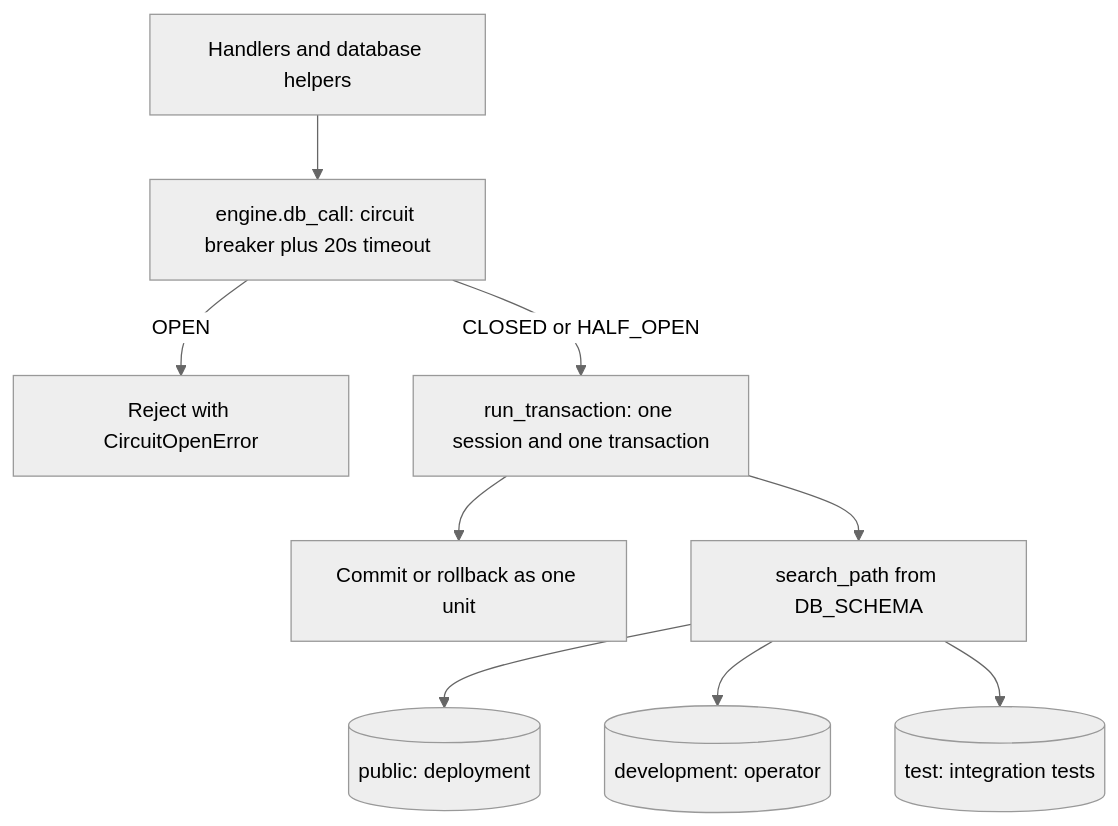
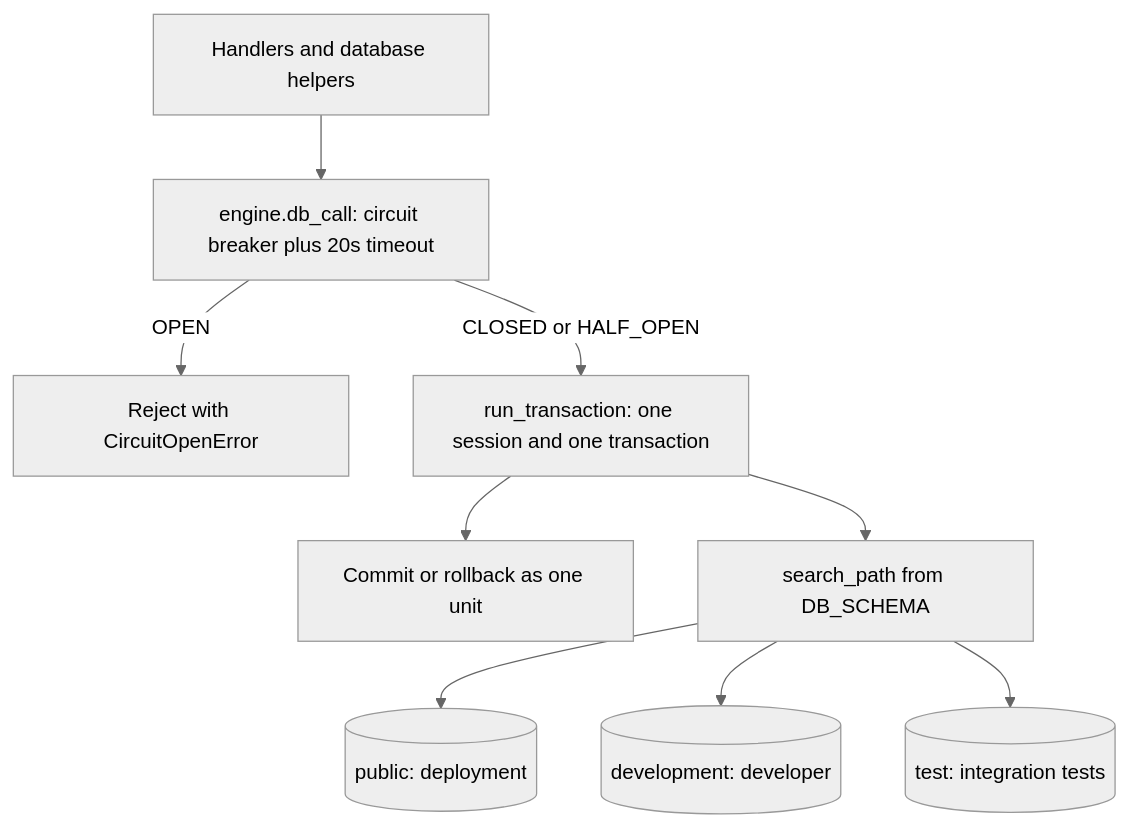
Before and after one commit to D1ZZY4/tcbot: the first of 8 diagrams in docs/flows/persistence.md, drawn with Mermaid (neutral theme). The commit also changed other lines of this file and 14 other files, not shown here.

````diff
--- a/docs/flows/persistence.md
+++ b/docs/flows/persistence.md
@@ -24,11 +29,11 @@
 ```mermaid
 flowchart TD
     H[Handlers and database helpers] --> BC[engine.db_call: circuit breaker plus 20s timeout]
     BC -->|OPEN| REJ[Reject with CircuitOpenError]
     BC -->|CLOSED or HALF_OPEN| TX[run_transaction: one session and one transaction]
     TX --> C[Commit or rollback as one unit]
     TX --> SP[search_path from DB_SCHEMA]
     SP --> PUB[(public: deployment)]
-    SP --> DEV[(development: operator)]
+    SP --> DEV[(development: developer)]
     SP --> TST[(test: integration tests)]
 ```
````
